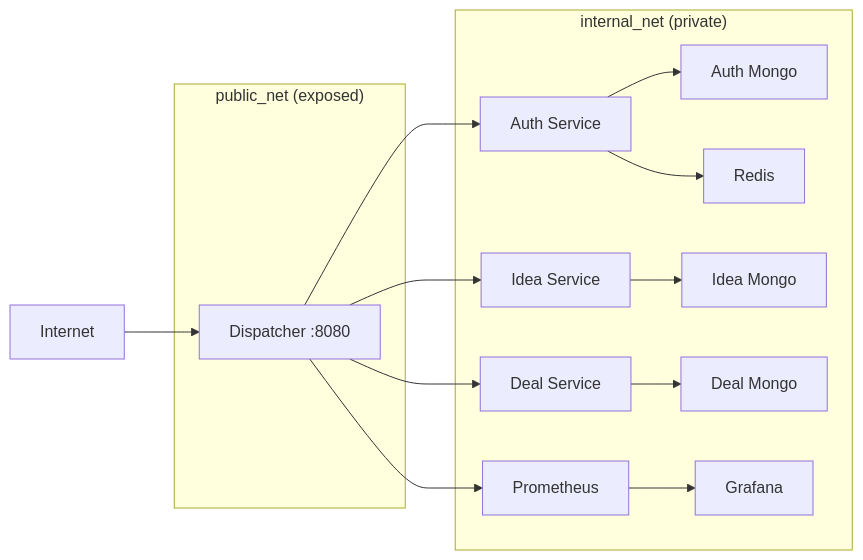
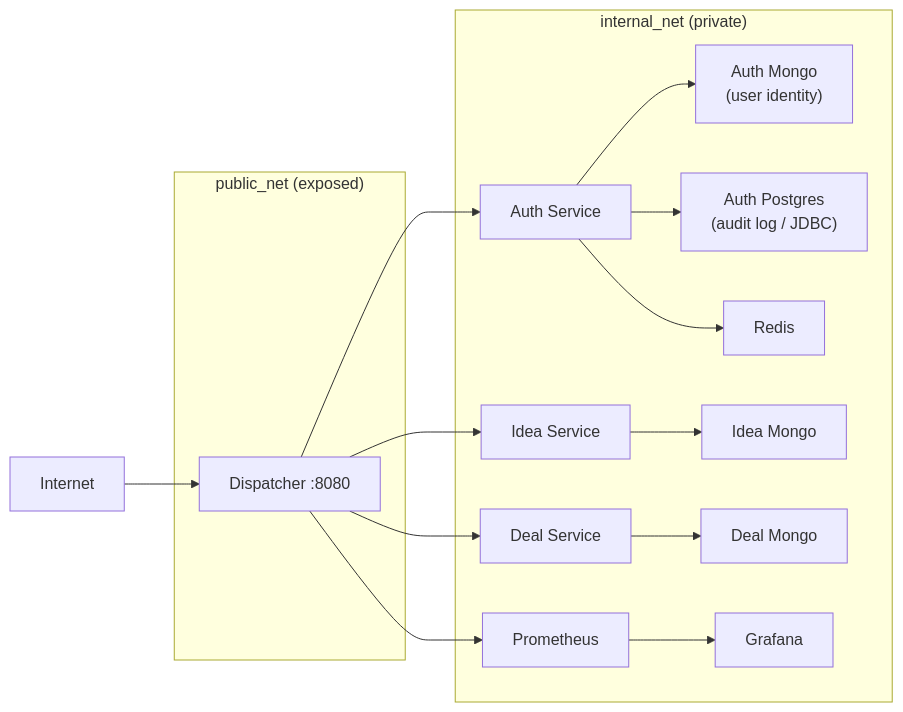
The third of 3 diagrams in README.md (TheGhost966/InvestBridge), drawn with Mermaid before and after one commit. The commit also changed other lines of this file and 32 other files, not shown here.

Commit message:
Building JDBC and make sure it is isolated from NoSQL (MongoDB)

````diff
--- a/README.md
+++ b/README.md
@@ -107,24 +143,25 @@
 ```mermaid
 flowchart LR
     subgraph public_net["public_net (exposed)"]
         D["Dispatcher :8080"]
     end
     subgraph internal_net["internal_net (private)"]
         A["Auth Service"]
         I["Idea Service"]
         De["Deal Service"]
-        AM["Auth Mongo"]
+        AM["Auth Mongo\n(user identity)"]
+        AP["Auth Postgres\n(audit log / JDBC)"]
         IM["Idea Mongo"]
         DM["Deal Mongo"]
         R["Redis"]
         P["Prometheus"]
         G["Grafana"]
     end
     Internet["Internet"] --> D
     D --> A & I & De
-    A --> AM & R
+    A --> AM & AP & R
     I --> IM
     De --> DM
     D --> P
     P --> G
 ```
````
